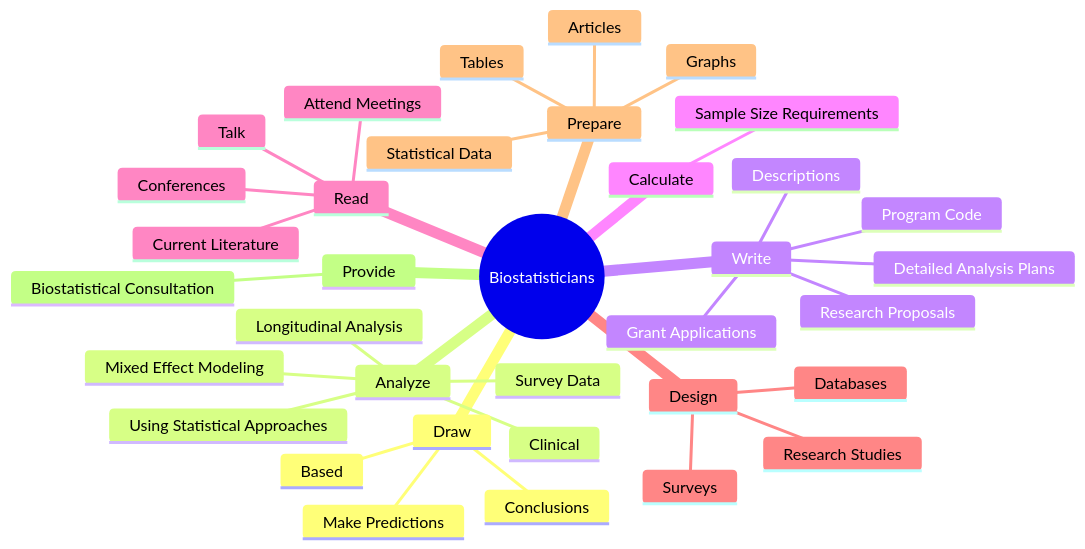
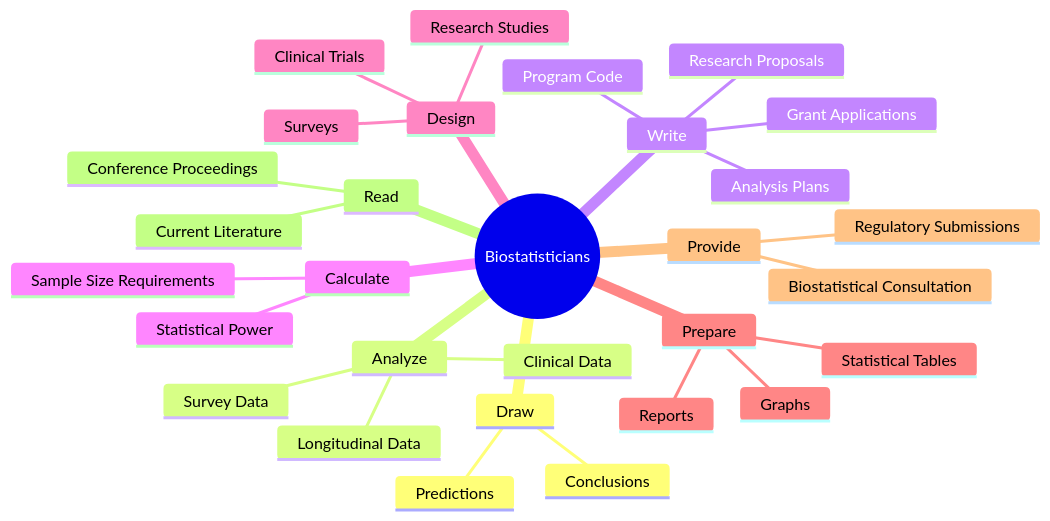
One commit to kziemski/business.org.ai changed the second of 4 diagrams in occupations/Technology/Biostatisticians.mdx. Above: the diagram before and after it, drawn with Mermaid. The commit also changed other lines of this file and 938 other files, not shown here.

````diff
--- a/occupations/Technology/Biostatisticians.mdx
+++ b/occupations/Technology/Biostatisticians.mdx
@@ -38,38 +46,33 @@
 ```mermaid
 mindmap
     root(("Biostatisticians"))
         Draw
             Conclusions
-            Make Predictions
-            Based
+            Predictions
         Analyze
-            Clinical
+            Clinical Data
             Survey Data
-            Using Statistical Approaches
-            Longitudinal Analysis
-            Mixed Effect Modeling
+            Longitudinal Data
         Write
-            Detailed Analysis Plans
-            Descriptions
+            Analysis Plans
             Program Code
             Research Proposals
             Grant Applications
         Calculate
             Sample Size Requirements
+            Statistical Power
+        Design
+            Research Studies
+            Clinical Trials
+            Surveys
+        Prepare
+            Statistical Tables
+            Graphs
+            Reports
+        Provide
+            Biostatistical Consultation
+            Regulatory Submissions
         Read
             Current Literature
-            Attend Meetings
-            Conferences
-            Talk
-        Design
-            Research Studies
-            Databases
-            Surveys
-        Prepare
-            Tables
-            Graphs
-            Statistical Data
-            Articles
-        Provide
-            Biostatistical Consultation
+            Conference Proceedings
 ```
````
